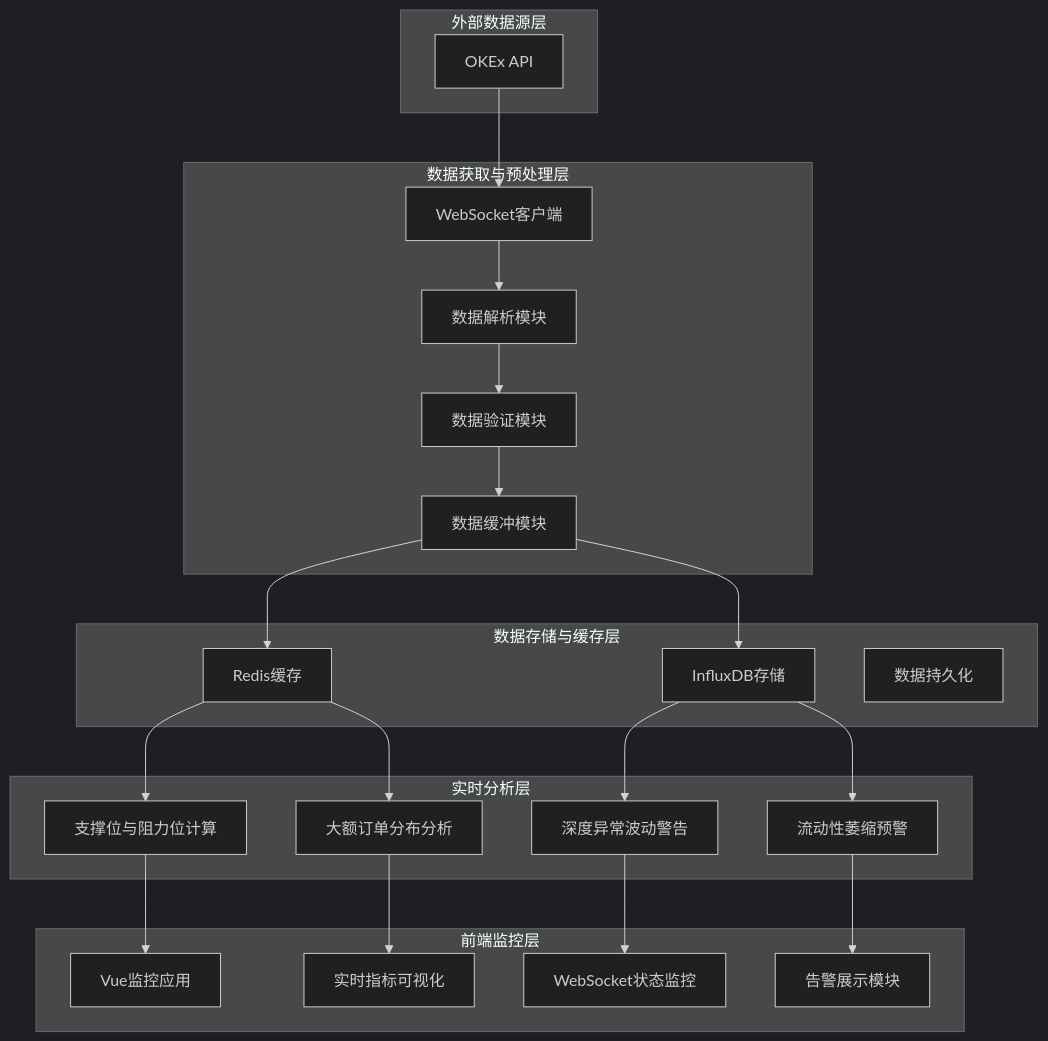
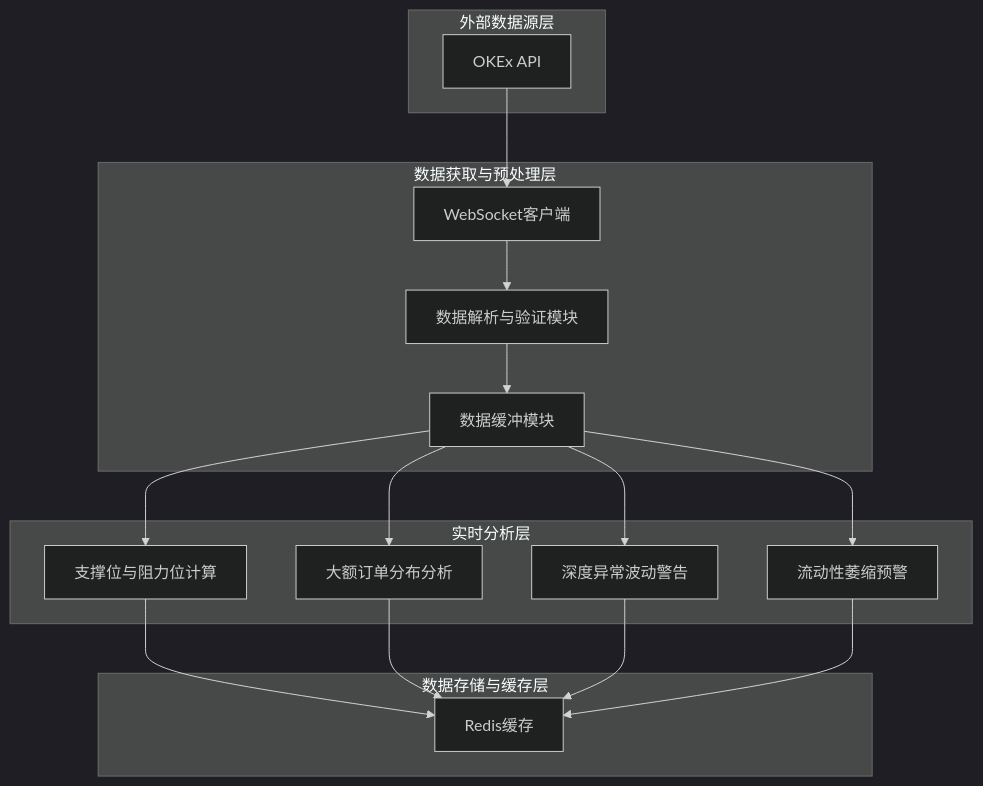
One commit to bidepideyipi/okex-books-buddy changed the first of 5 diagrams in ARCHITECTURE.md. Above: the diagram before and after it, drawn with Mermaid (dark theme). The commit also changed other lines of this file and 3 other files, not shown here.

````diff
--- a/ARCHITECTURE.md
+++ b/ARCHITECTURE.md
@@ -64,48 +58,35 @@
 ```mermaid
 graph TB
-    subgraph frontend["前端监控层"]
-        A1["Vue监控应用"]
-        A2["实时指标可视化"]
-        A3["WebSocket状态监控"]
-        A4["告警展示模块"]
-    end
-  
     subgraph analysis["实时分析层"]
         B1["支撑位与阻力位计算"]
         B2["大额订单分布分析"]
         B3["深度异常波动警告"]
         B4["流动性萎缩预警"]
     end
   
     subgraph processing["数据获取与预处理层"]
         C1["WebSocket客户端"]
-        C2["数据解析模块"]
-        C3["数据验证模块"]
-        C4["数据缓冲模块"]
+        C2["数据解析与验证模块"]
+        C3["数据缓冲模块"]
     end
   
     subgraph storage["数据存储与缓存层"]
         D1["Redis缓存"]
-        D2["InfluxDB存储"]
-        D3["数据持久化"]
     end
   
     subgraph external["外部数据源层"]
         E1["OKEx API"]
     end
   
     E1 --> C1
     C1 --> C2
     C2 --> C3
-    C3 --> C4
-    C4 --> D1
-    C4 --> D2
-    D1 --> B1
-    D1 --> B2
-    D2 --> B3
-    D2 --> B4
-    B1 --> A1
-    B2 --> A2
-    B3 --> A3
-    B4 --> A4
+    C3 --> B1
+    C3 --> B2
+    C3 --> B3
+    C3 --> B4
+    B1 --> D1
+    B2 --> D1
+    B3 --> D1
+    B4 --> D1
 ```
````
